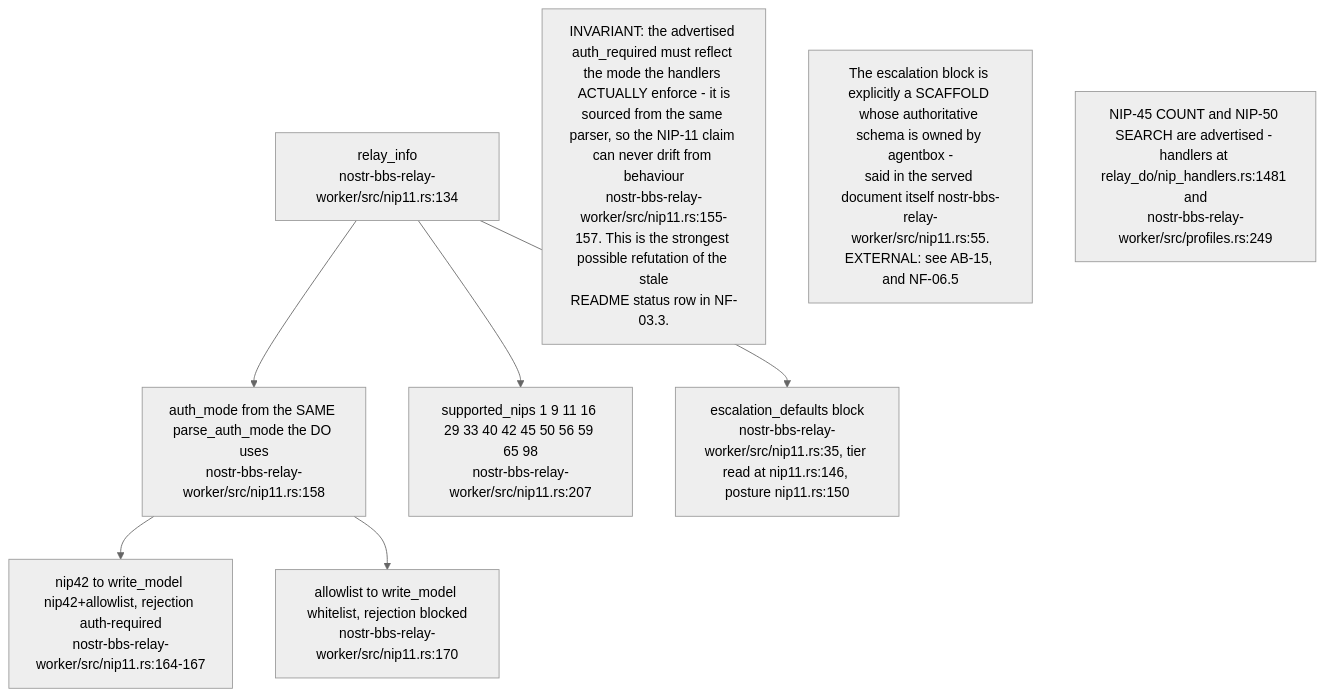
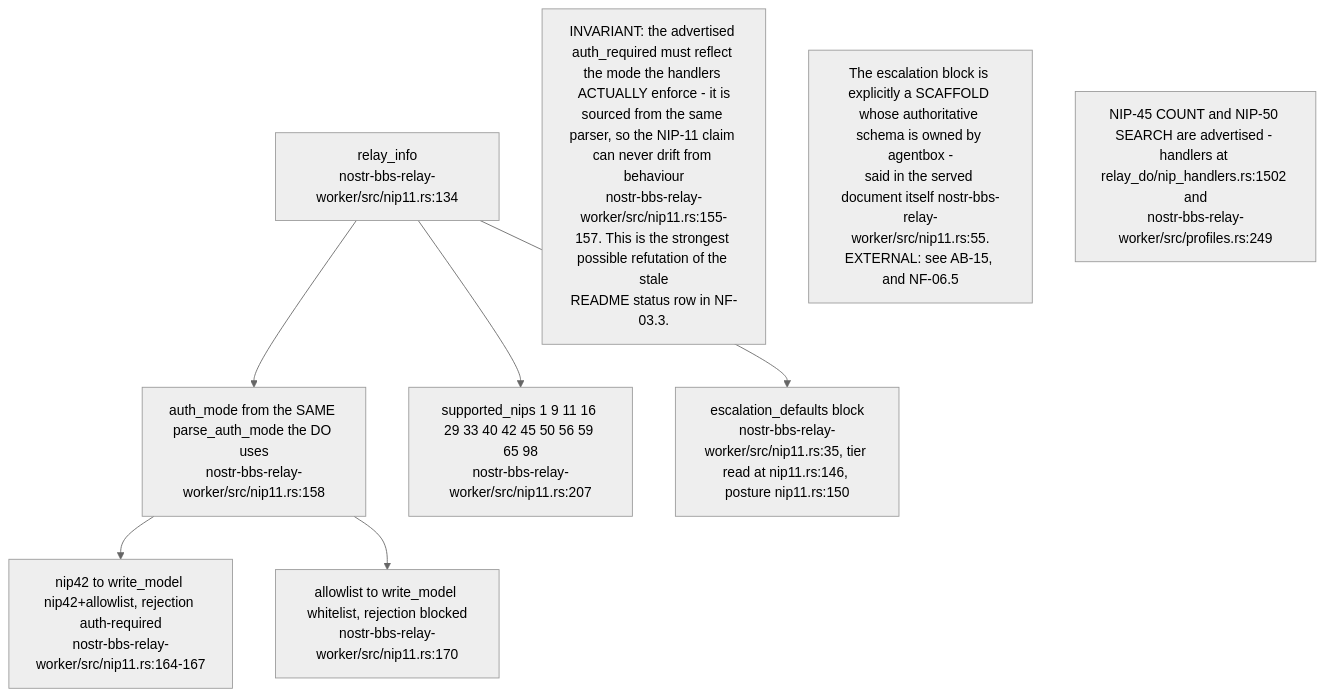
Diagram 14 of 15 in docs/diagrams/nostr-rust-forum/11-relay-durable-object-internals.md (DreamLab-AI/VisionFlow), drawn with Mermaid (neutral theme) before and after one commit. The commit also changed other lines of this file and 51 other files, not shown here.

First line of the commit message:
docs(diagrams): agentbox AB-01..13 re-attested anchor by anchor (980 anchors, 22 defects); checkpoint against an out-of-mesh writer

````diff
--- a/docs/diagrams/nostr-rust-forum/11-relay-durable-object-internals.md
+++ b/docs/diagrams/nostr-rust-forum/11-relay-durable-object-internals.md
@@ -365,17 +365,17 @@
 ```mermaid
 flowchart TB
     RI["relay_info<br/>nostr-bbs-relay-worker/src/nip11.rs:134"]
     AM["auth_mode from the SAME parse_auth_mode the DO uses<br/>nostr-bbs-relay-worker/src/nip11.rs:158"]
     LBL["nip42 to write_model nip42+allowlist, rejection auth-required<br/>nostr-bbs-relay-worker/src/nip11.rs:164-167"]
     ALT["allowlist to write_model whitelist, rejection blocked<br/>nostr-bbs-relay-worker/src/nip11.rs:170"]
     NIPS["supported_nips 1 9 11 16 29 33 40 42 45 50 56 59 65 98<br/>nostr-bbs-relay-worker/src/nip11.rs:207"]
     ESC["escalation_defaults block<br/>nostr-bbs-relay-worker/src/nip11.rs:35, tier read at nip11.rs:146, posture nip11.rs:150"]
 
     RI --> AM --> LBL
     AM --> ALT
     RI --> NIPS & ESC
 
     N1["INVARIANT: the advertised auth_required must reflect the mode the handlers ACTUALLY enforce - it is<br/>sourced from the same parser, so the NIP-11 claim can never drift from behaviour<br/>nostr-bbs-relay-worker/src/nip11.rs:155-157. This is the strongest possible refutation of the stale<br/>README status row in NF-03.3."]
     N2["The escalation block is explicitly a SCAFFOLD whose authoritative schema is owned by agentbox -<br/>said in the served document itself nostr-bbs-relay-worker/src/nip11.rs:55.<br/>EXTERNAL: see AB-15, and NF-06.5"]
-    N3["NIP-45 COUNT and NIP-50 SEARCH are advertised - handlers at relay_do/nip_handlers.rs:1481 and<br/>nostr-bbs-relay-worker/src/profiles.rs:249"]
+    N3["NIP-45 COUNT and NIP-50 SEARCH are advertised - handlers at relay_do/nip_handlers.rs:1502 and<br/>nostr-bbs-relay-worker/src/profiles.rs:249"]
 ```
````
